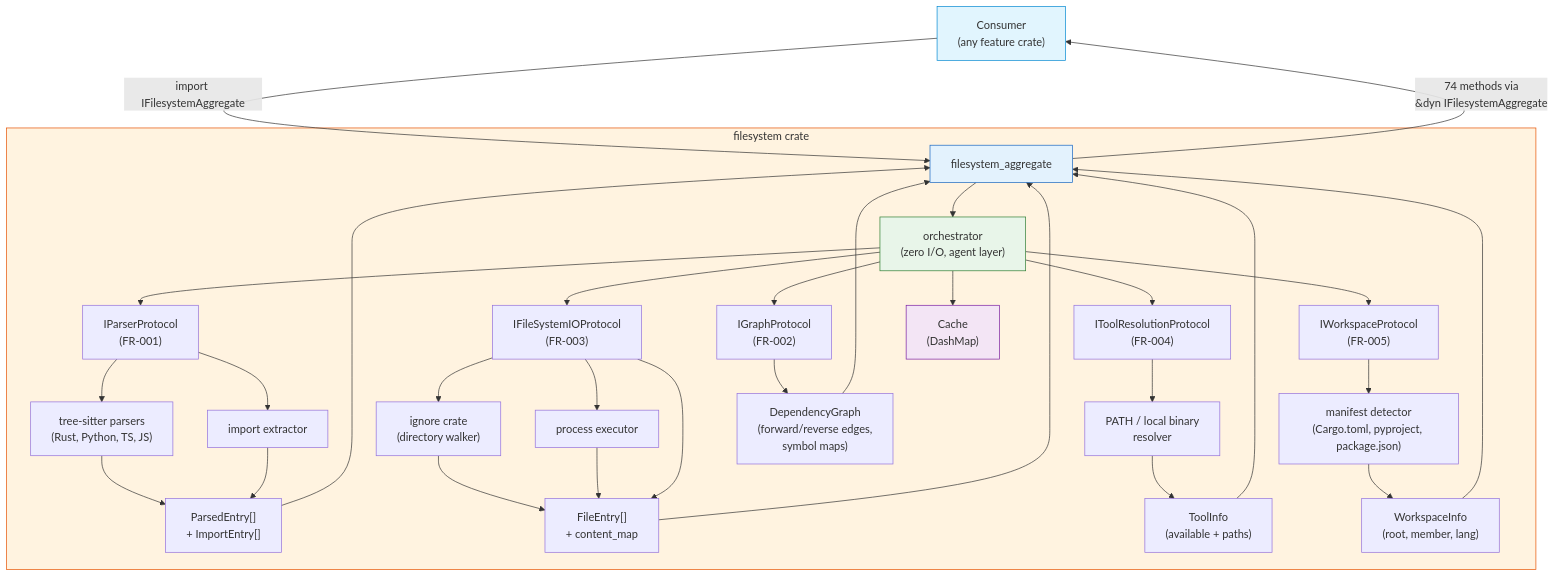
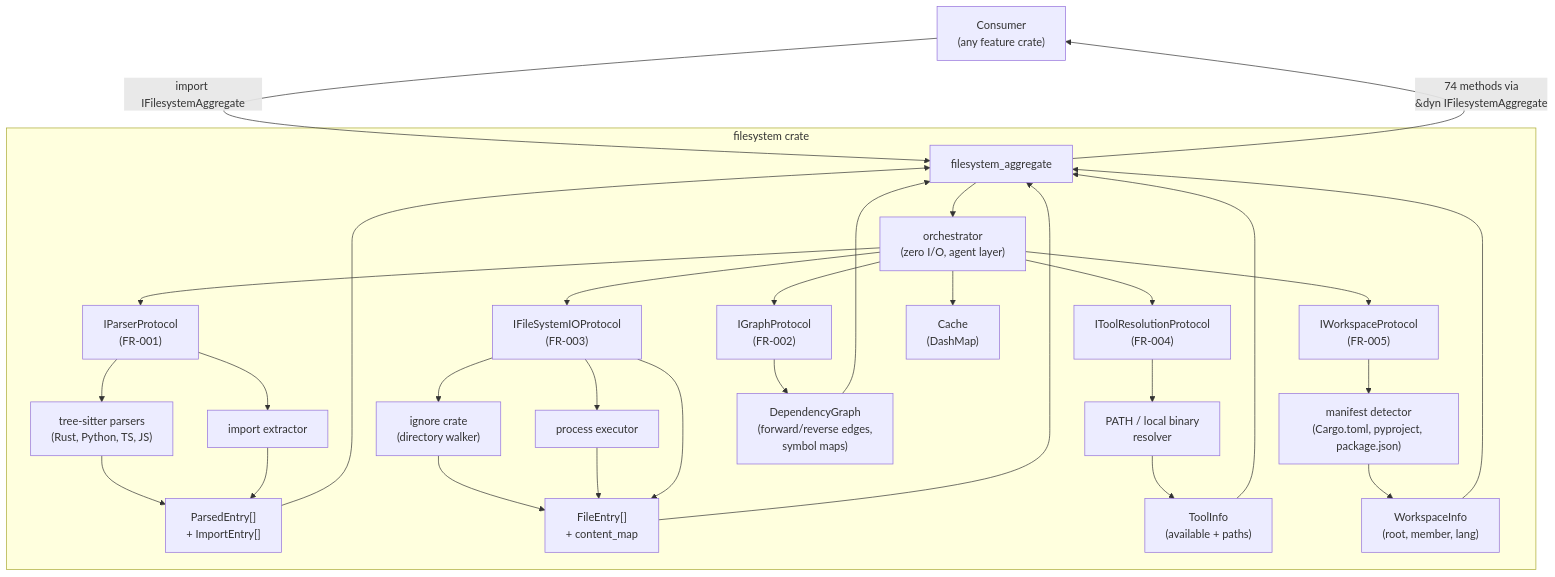
One commit to rakaarwaky/lint-arwaky changed the diagram in crates/filesystem/FRD.md. Above: the diagram before and after it, drawn with Mermaid. The commit also changed 19 other files, not shown here.

````diff
--- a/crates/filesystem/FRD.md
+++ b/crates/filesystem/FRD.md
@@ -11,43 +11,38 @@
 ```mermaid
 flowchart TD
     A["Consumer\n(any feature crate)"] -->|"import IFilesystemAggregate"| D["filesystem_aggregate"]
 
     subgraph FS ["filesystem crate"]
         D --> O["orchestrator\n(zero I/O, agent layer)"]
         O --> P1["IParserProtocol\n(FR-001)"]
         O --> P2["IGraphProtocol\n(FR-002)"]
         O --> P3["IFileSystemIOProtocol\n(FR-003)"]
         O --> P4["IToolResolutionProtocol\n(FR-004)"]
         O --> P5["IWorkspaceProtocol\n(FR-005)"]
         O --> C["Cache\n(DashMap)"]
 
         P1 --> T1["tree-sitter parsers\n(Rust, Python, TS, JS)"]
         P1 --> T2["import extractor"]
         P3 --> T3["ignore crate\n(directory walker)"]
         P3 --> T4["process executor"]
         P4 --> T5["PATH / local binary\nresolver"]
         P5 --> T6["manifest detector\n(Cargo.toml, pyproject, package.json)"]
 
         T1 --> R1["ParsedEntry[]\n+ ImportEntry[]"]
         T2 --> R1
         P2 --> R2["DependencyGraph\n(forward/reverse edges,\nsymbol maps)"]
         T3 --> R3["FileEntry[]\n+ content_map"]
         T4 --> R3
         P3 --> R3
         T5 --> R4["ToolInfo\n(available + paths)"]
         T6 --> R5["WorkspaceInfo\n(root, member, lang)"]
     end
 
     R1 --> D
     R2 --> D
     R3 --> D
     R4 --> D
     R5 --> D
     D -->|"74 methods via\n&dyn IFilesystemAggregate"| A
 
-    style A fill:#e1f5fe,stroke:#0288d1
-    style FS fill:#fff3e0,stroke:#e65100
-    style D fill:#e3f2fd,stroke:#1565c0
-    style O fill:#e8f5e9,stroke:#2e7d32
-    style C fill:#f3e5f5,stroke:#7b1fa2
 ```
````
